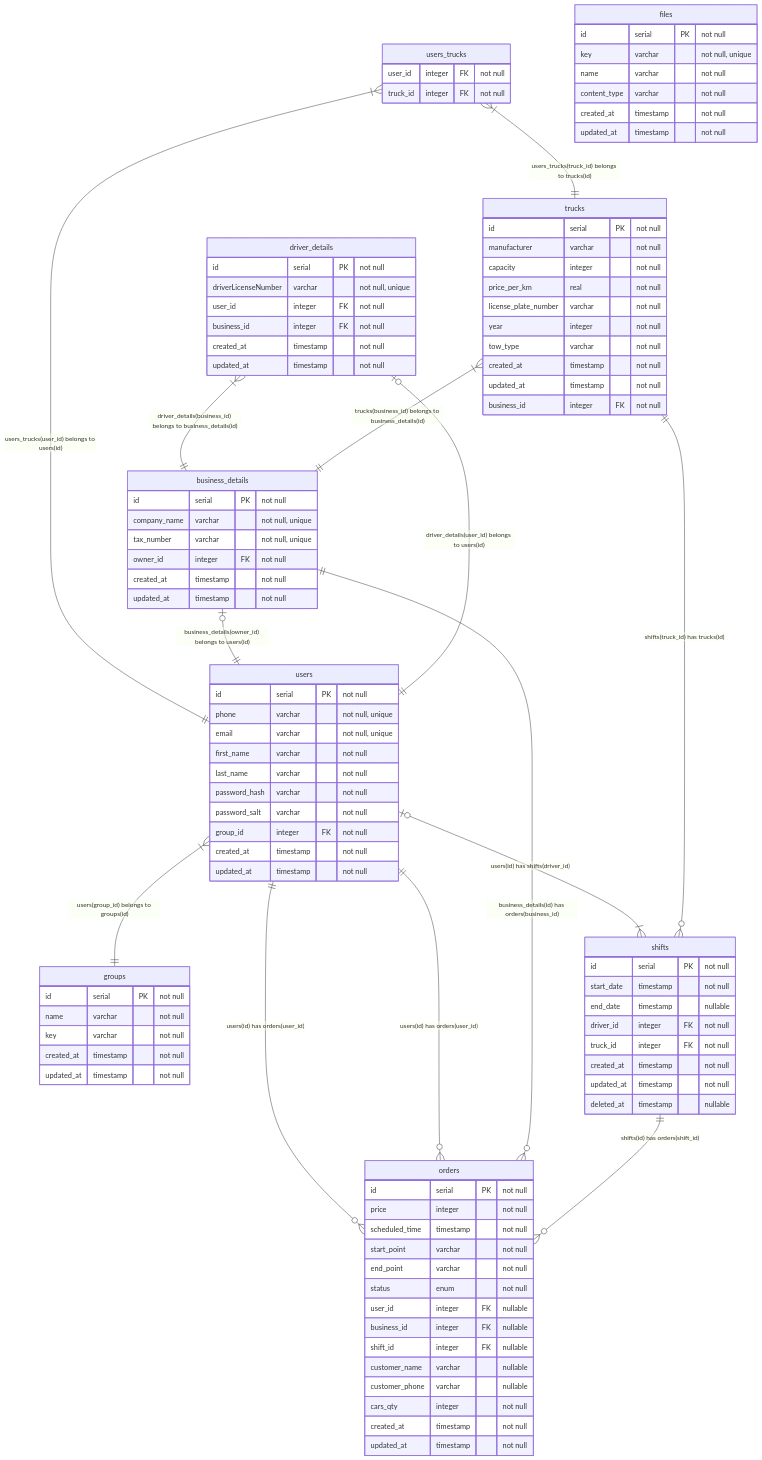
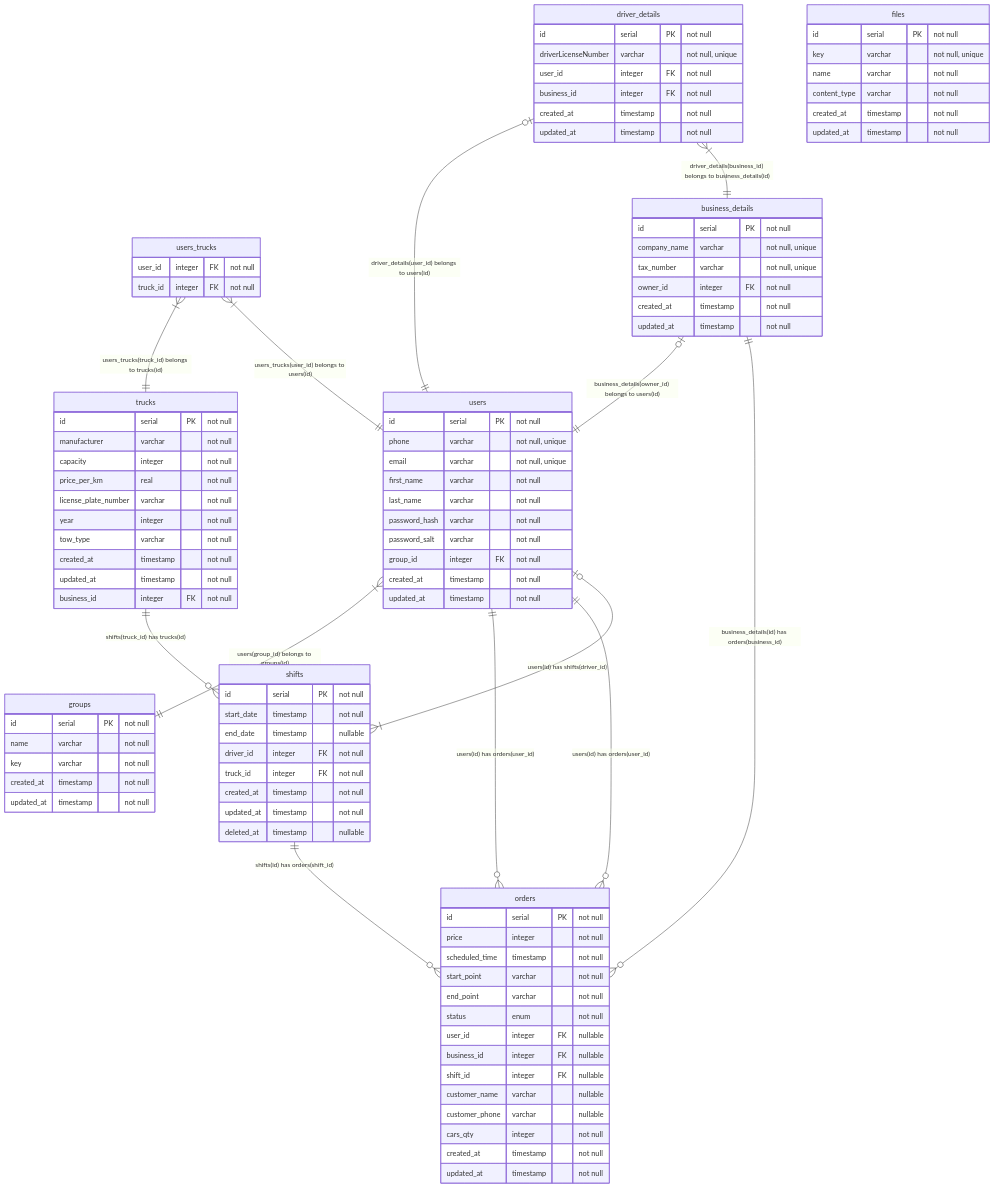
Before and after one commit to BinaryStudioAcademy/bsa-2023-towhub: the diagram in readme.md, drawn with Mermaid. The commit also changed 33 other files, not shown here.

````diff
--- a/readme.md
+++ b/readme.md
@@ -143,5 +143,4 @@
     shifts one -- zero or many orders: "shifts(id) has orders(shift_id)"
     users zero or one -- one or many shifts: "users(id) has shifts(driver_id)"
     trucks one -- zero or many shifts: "shifts(truck_id) has trucks(id)"
-    trucks one or many -- one business_details: "trucks(business_id) belongs to business_details(id)"
 ```
````
